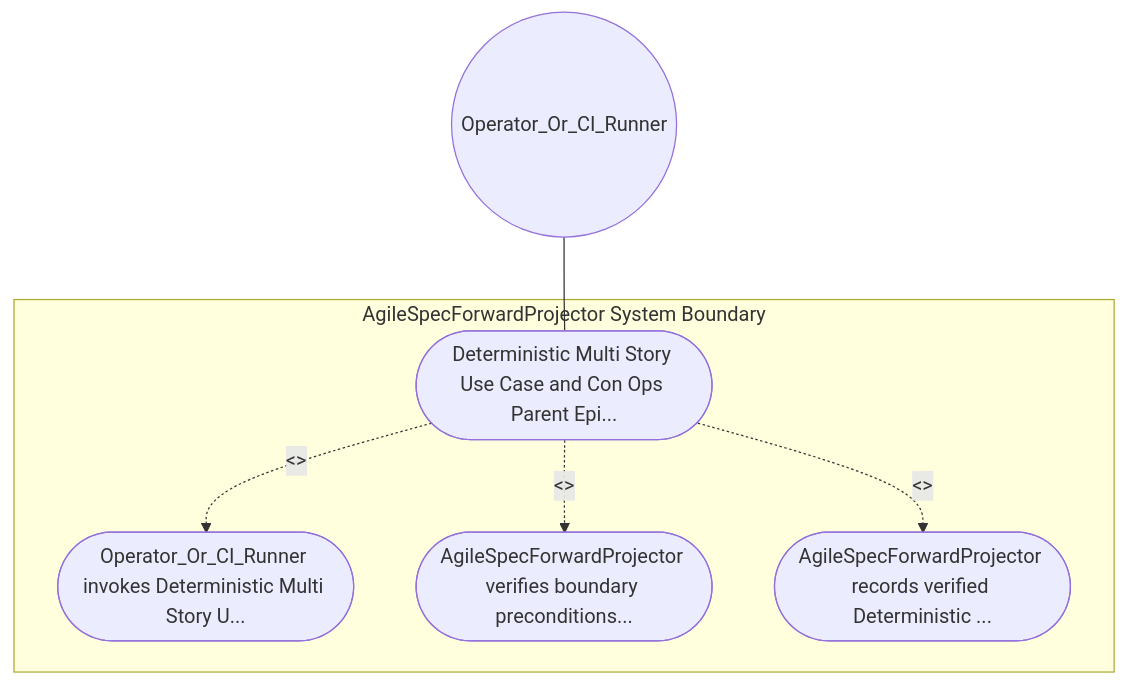
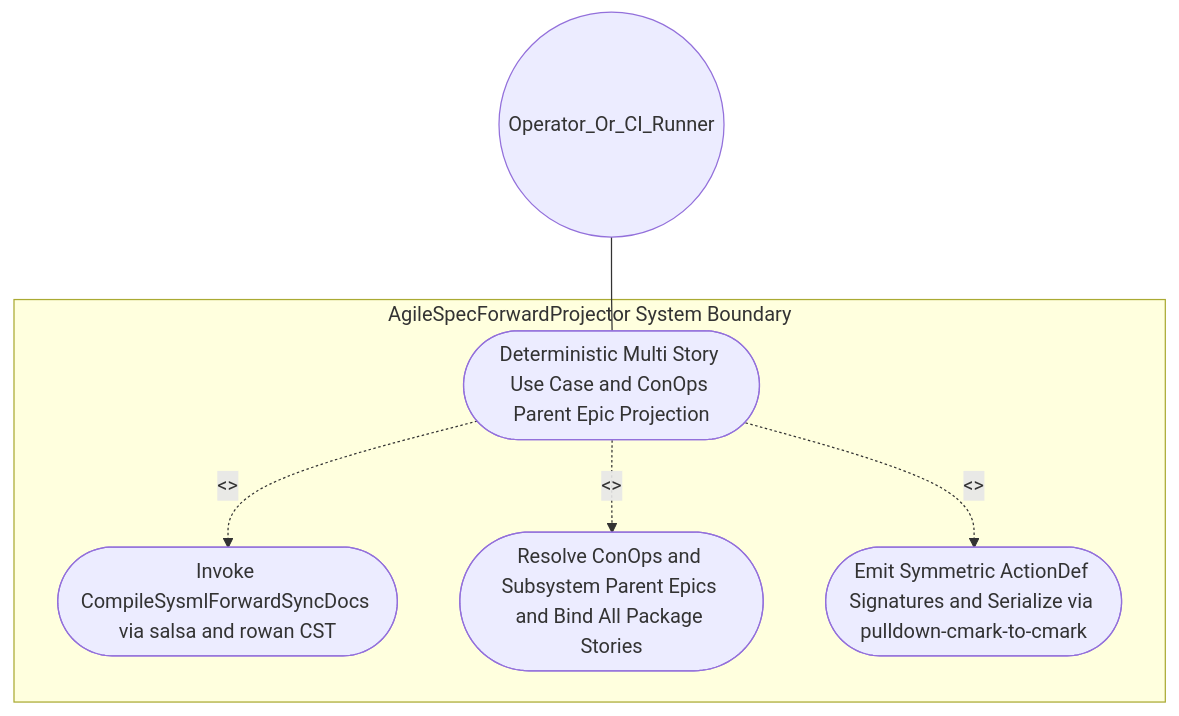
One commit to gintatkinson/DEAP01-spec-core changed the first of 2 diagrams in .pipeline/upstream/docs/use-cases/UC-16-Deterministic_Multi_Story_Use_Case_and_ConOps_Parent_Epic_Projection.md. Above: the diagram before and after it, drawn with Mermaid. The commit also changed other lines of this file and 225 other files, not shown here.

````diff
--- a/.pipeline/upstream/docs/use-cases/UC-16-Deterministic_Multi_Story_Use_Case_and_ConOps_Parent_Epic_Projection.md
+++ b/.pipeline/upstream/docs/use-cases/UC-16-Deterministic_Multi_Story_Use_Case_and_ConOps_Parent_Epic_Projection.md
@@ -16,13 +18,13 @@
 ```mermaid
 graph TD
     subgraph "AgileSpecForwardProjector System Boundary"
-        UC_Main(["Deterministic Multi Story Use Case and Con Ops Parent Epi..."])
-        UC_Step01(["Operator_Or_CI_Runner invokes Deterministic Multi Story U..."])
-        UC_Step02(["AgileSpecForwardProjector verifies boundary preconditions..."])
-        UC_Step03(["AgileSpecForwardProjector records verified Deterministic ..."])
+        UC_Main(["Deterministic Multi Story Use Case and ConOps Parent Epic Projection"])
+        UC_Step01(["Invoke CompileSysmlForwardSyncDocs via salsa and rowan CST"])
+        UC_Step02(["Resolve ConOps and Subsystem Parent Epics and Bind All Package Stories"])
+        UC_Step03(["Emit Symmetric ActionDef Signatures and Serialize via pulldown-cmark-to-cmark"])
     end
     Operator_Or_CI_Runner(("Operator_Or_CI_Runner")) --- UC_Main
     UC_Main -. "<<include>>" .-> UC_Step01
     UC_Main -. "<<include>>" .-> UC_Step02
     UC_Main -. "<<include>>" .-> UC_Step03
 ```
````
